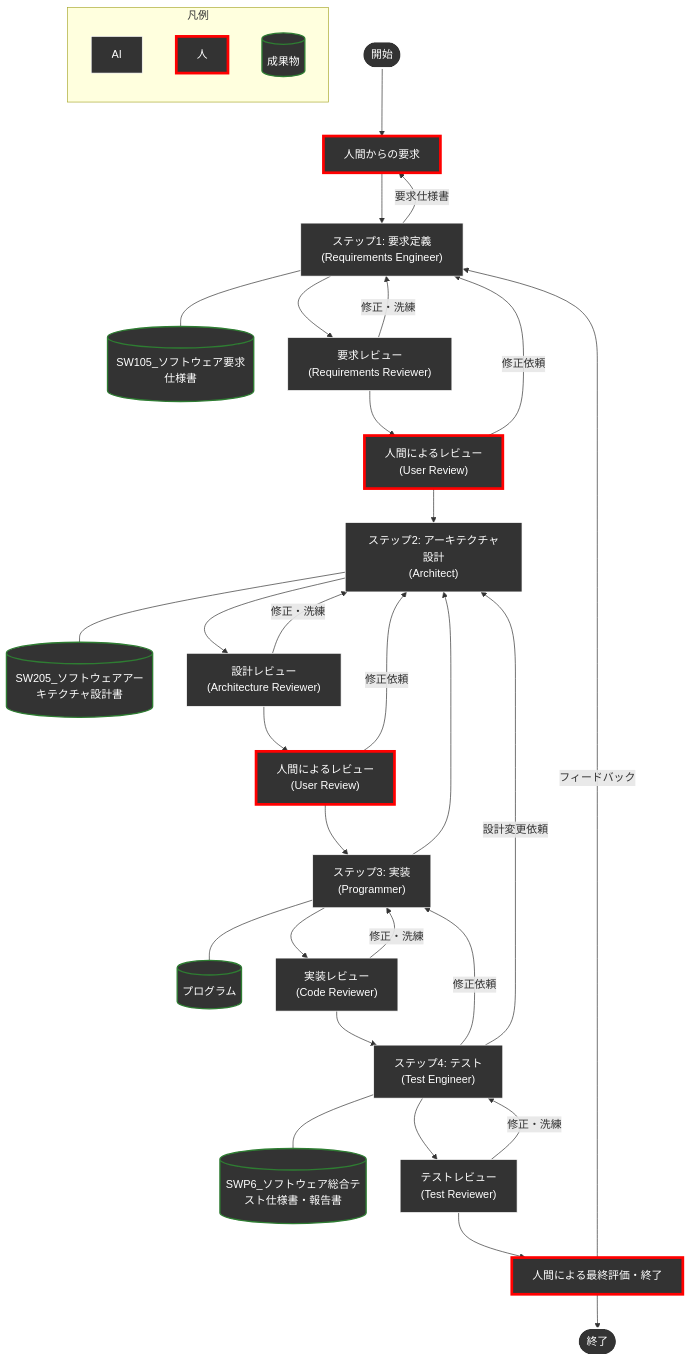
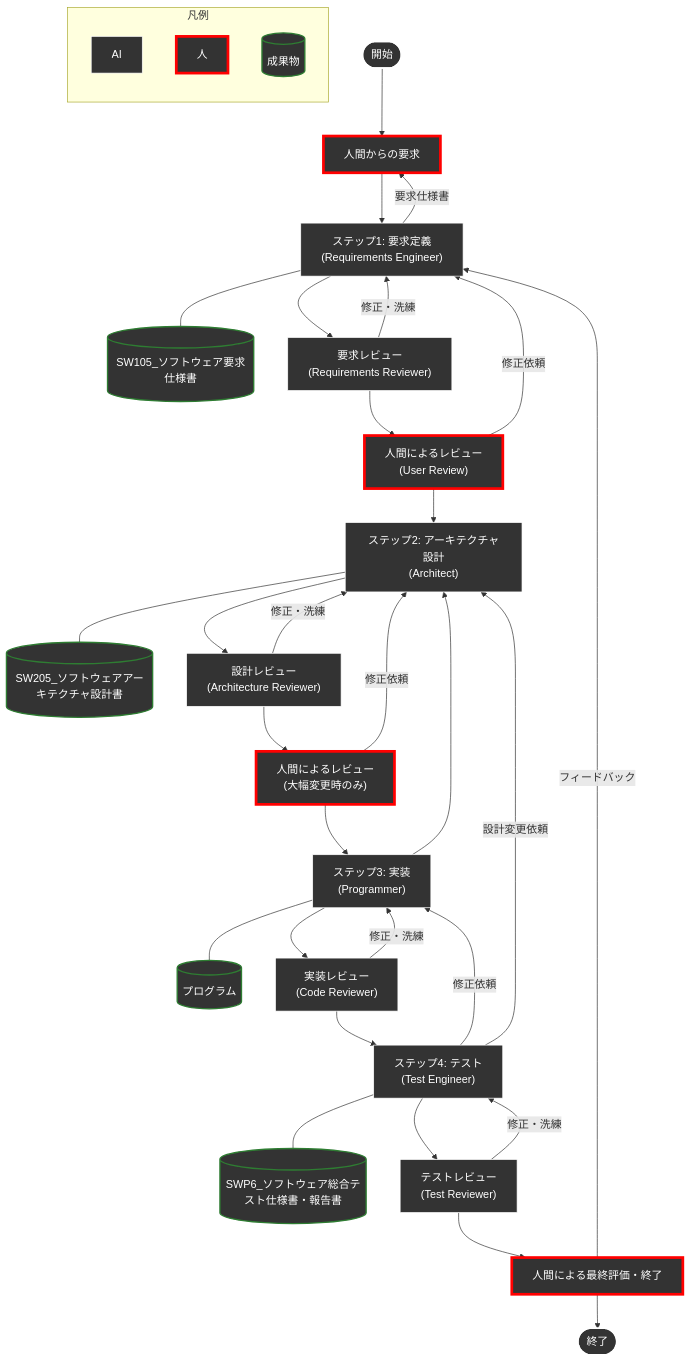
Before and after one commit to yamaPiT/AntigravityTemplate: the diagram in README.md, drawn with Mermaid. The commit also changed other lines of this file and 3 other files, not shown here.

Commit message:
feat: Add DADA-Process workflow and architect/programmer skills, and update README.

````diff
--- a/README.md
+++ b/README.md
@@ -23,55 +23,55 @@
 ```mermaid
 graph TD
     Start(["開始"]) --> UserReq["人間からの要求"]
     UserReq["人間からの要求"] --> Req["ステップ1: 要求定義<br>(Requirements Engineer)"]
     Req --- ReqDoc[("SW105_ソフトウェア要求仕様書")]
     Req -->|要求仕様書| UserReq
     Req --> ReqRev["要求レビュー<br>(Requirements Reviewer)"]
     ReqRev -- 修正・洗練 --> Req
     ReqRev --> ReqHum["人間によるレビュー<br>(User Review)"]
     ReqHum -- 修正依頼 --> Req
     ReqHum --> Arch["ステップ2: アーキテクチャ設計<br>(Architect)"]
     
     Arch --- ArchDoc[("SW205_ソフトウェアアーキテクチャ設計書")]
     Arch --> ArchRev["設計レビュー<br>(Architecture Reviewer)"]
     ArchRev -- 修正・洗練 --> Arch
-    ArchRev --> ArchHum["人間によるレビュー<br>(User Review)"]
+    ArchRev --> ArchHum["人間によるレビュー<br>(大幅変更時のみ)"]
     ArchHum -- 修正依頼 --> Arch
     ArchHum --> Impl["ステップ3: 実装<br>(Programmer)"]
     
     Impl --- ProgDoc[("プログラム")]
     Impl --> ImplRev["実装レビュー<br>(Code Reviewer)"]
     ImplRev -- 修正・洗練 --> Impl
     Impl --> Arch
     ImplRev --> Test["ステップ4: テスト<br>(Test Engineer)"]
     
     Test --- TestDoc[("SWP6_ソフトウェア総合テスト仕様書・報告書")]
     Test --> TestRev["テストレビュー<br>(Test Reviewer)"]
     TestRev -- 修正・洗練 --> Test
     Test -- 修正依頼 --> Impl
     Test -- 設計変更依頼 --> Arch
     
     TestRev --> Approve["人間による最終評価・終了"]
     Approve -->|フィードバック| Req
     Approve --> End(["終了"])
 
     %% スタイル定義 (背景色を尊重し、枠線で役割を完結)
     classDef human fill:#333333,stroke:#ff0000,stroke-width:4px,color:#ffffff;
     classDef agent fill:#333333,stroke:#FFFFFF,stroke-width:1px,color:#ffffff;
     classDef doc fill:#333333,stroke:#2e7d32,stroke-width:2px,color:#ffffff;
     classDef startEnd fill:#333333,stroke:#ffffff,stroke-width:2px,color:#ffffff;
     
     class UserReq,ReqHum,ArchHum,Approve human;
     class Req,ReqRev,Arch,ArchRev,Impl,ImplRev,Test,TestRev agent;
     class ReqDoc,ArchDoc,ProgDoc,TestDoc doc;
     class Start,End startEnd;
 
     %% 凡例 (小型化)
     subgraph Legend ["凡例"]
         direction TB
         L1["AI"]:::agent
         L2["人"]:::human
         L3[("成果物")]:::doc
     end
 
 ```
````
